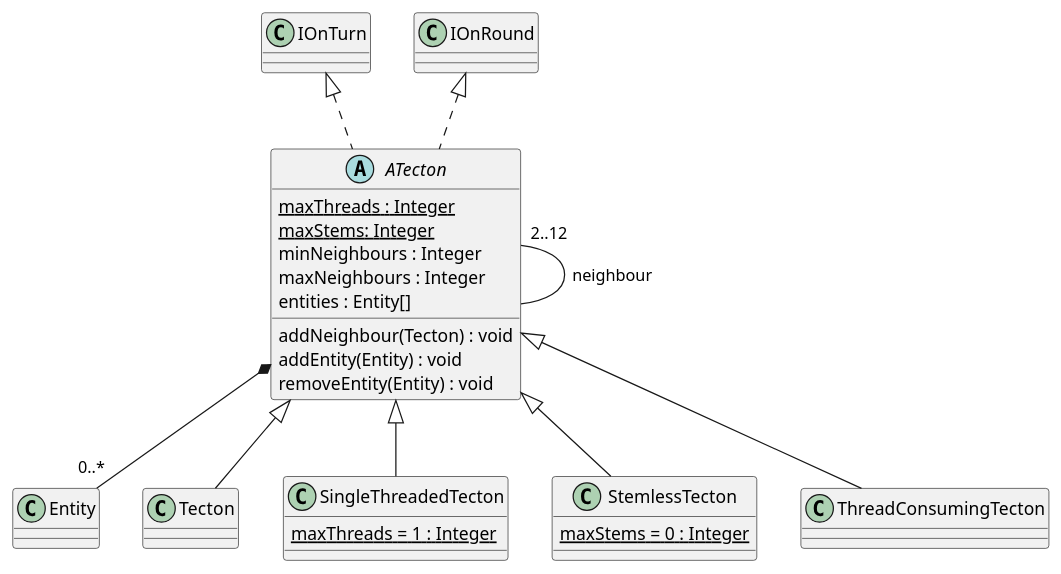
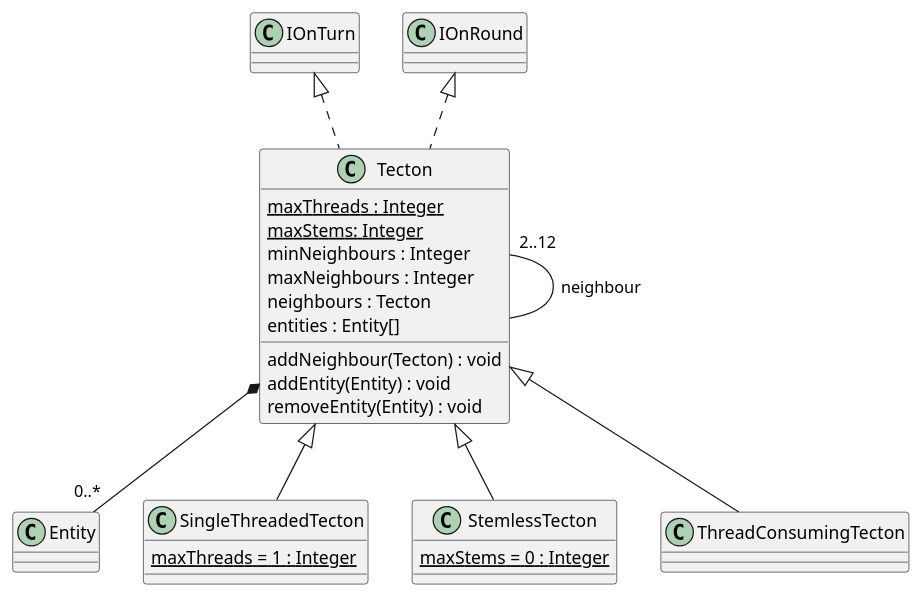
The diagram in 3/classes/tecton.puml (Petya-G/fungorium), drawn with PlantUML before and after one commit. The commit also changed 8 other files, not shown here.

```diff
--- a/3/classes/tecton.puml
+++ b/3/classes/tecton.puml
@@ -1,46 +1,41 @@
 @startuml tecton
-  ATecton "2..12" -- ATecton : neighbour
-  'ATecton o-- "0..*" Insect
-  'ATecton *-- "0..*" Spore
-  IOnTurn<|.. ATecton 
-  IOnRound <|.. ATecton 
-  ATecton *-- "0..*" Entity
-  abstract class ATecton {
+  IOnTurn <|.. Tecton 
+  IOnRound <|.. Tecton 
+  Tecton "2..12" -- Tecton : neighbour
+  Tecton *-- "0..*" Entity
+  class Tecton {
     {static} maxThreads : Integer
     {static} maxStems: Integer
     minNeighbours : Integer
     maxNeighbours : Integer
+    neighbours : Tecton
     entities : Entity[]
 
     addNeighbour(Tecton) : void
     addEntity(Entity) : void
     removeEntity(Entity) : void
   }
 
   'Tecton *-- "0..1" MushroomStem 
   'Tecton *-- "0..*" MushroomThread
   
-  ATecton <|-- Tecton
-  class Tecton {
-  }
-
   'SingleThreadedTecton *-- "0..1" MushroomStem
   'SingleThreadedTecton "2" *-- "0..1" MushroomThread
-  ATecton <|-- SingleThreadedTecton
+  Tecton <|-- SingleThreadedTecton
   class SingleThreadedTecton {
     {static} maxThreads = 1 : Integer
   }
 
 
   'BodylessTecton "2" *-- "0..*" MushroomThread
-  ATecton <|-- StemlessTecton
+  Tecton <|-- StemlessTecton
   class StemlessTecton {
     {static} maxStems = 0 : Integer
   }
 
   ' ThreadConsumingTecton *-- "0..1" MushroomStem
   'ThreadConsumingTecton "2" *-- "0..*" MushroomThread
-  ATecton <|-- ThreadConsumingTecton
+  Tecton <|-- ThreadConsumingTecton
   class ThreadConsumingTecton {
   }
 @enduml
```
